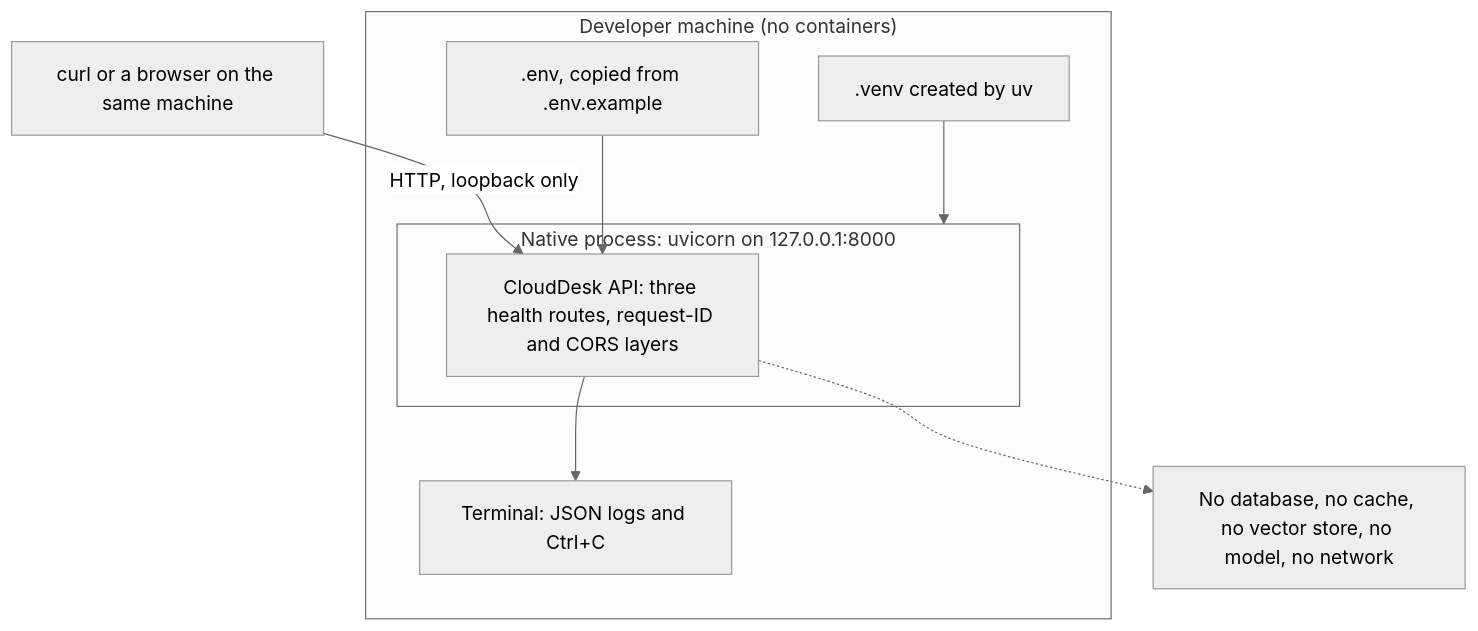
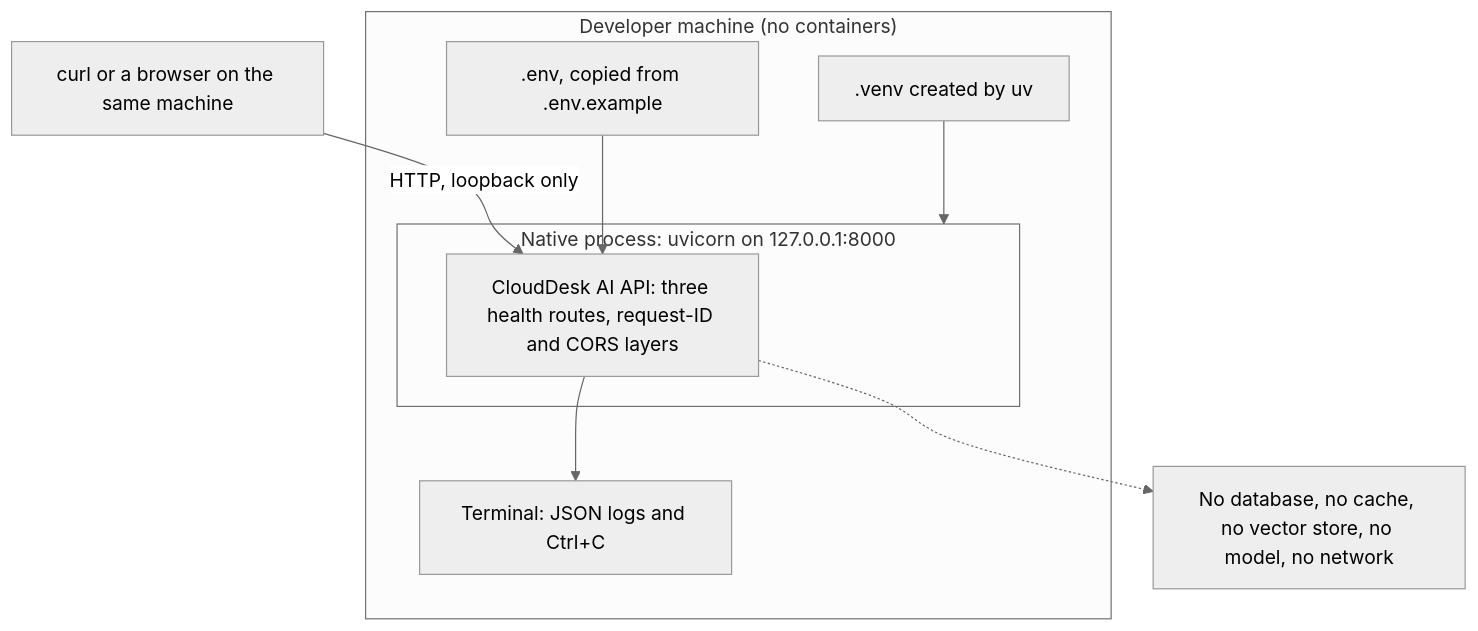
One commit to emkays-codelabs/clouddesk changed the third of 3 diagrams in internal/Phase01/03_INFRA_EVOLUTION.md. Above: the diagram before and after it, drawn with Mermaid (neutral theme). The commit also changed other lines of this file and 6 other files, not shown here.

````diff
--- a/internal/Phase01/03_INFRA_EVOLUTION.md
+++ b/internal/Phase01/03_INFRA_EVOLUTION.md
@@ -225,17 +227,17 @@
 ```mermaid
 flowchart TD
     subgraph Host["Developer machine (no containers)"]
         subgraph Proc["Native process: uvicorn on 127.0.0.1:8000"]
-            APP2["CloudDesk API: three health routes, request-ID and CORS layers"]
+            APP2["CloudDesk AI API: three health routes, request-ID and CORS layers"]
         end
         ENVF[".env, copied from .env.example"]
         VENV[".venv created by uv"]
         TERM["Terminal: JSON logs and Ctrl+C"]
     end
     CLIENT["curl or a browser on the same machine"] -->|"HTTP, loopback only"| APP2
     ENVF --> APP2
     VENV --> Proc
     APP2 --> TERM
     OUT2["No database, no cache, no vector store, no model, no network"]
     APP2 -.-> OUT2
 ```
````
